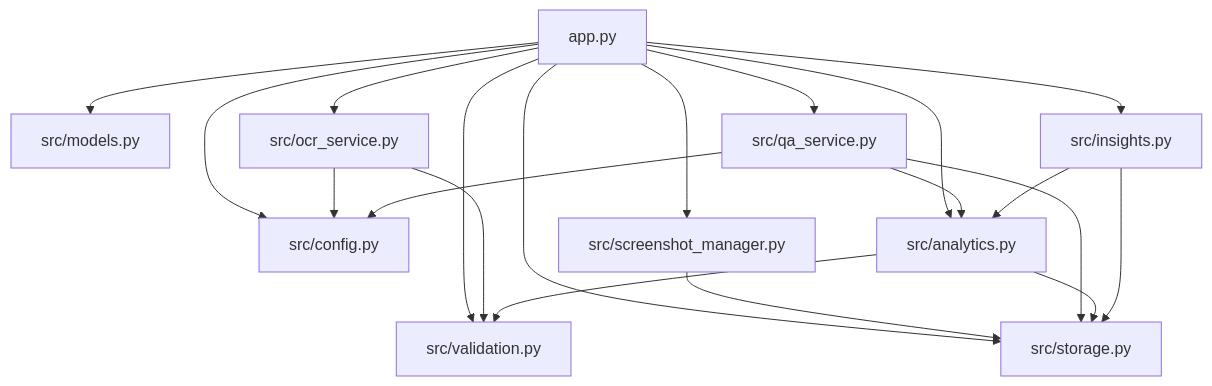
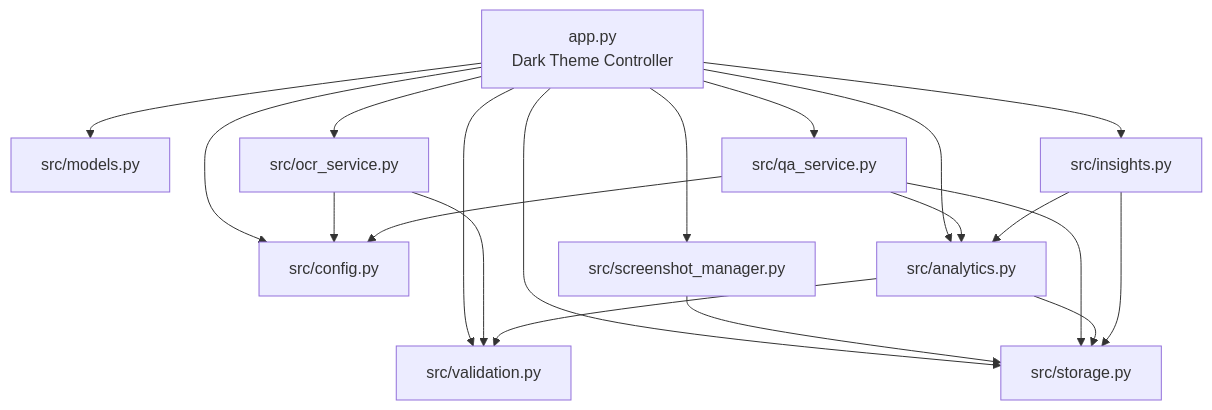
One commit to Johnny22056/SwimingStatus changed diagram 12 of 12 in .qoder/repowiki/en/content/Core Components/Application Controller.md. Above: the diagram before and after it, drawn with Mermaid. The commit also changed other lines of this file and 5 other files, not shown here.

First line of the commit message:
feat: chart/PB UI polish, Gap to NM column, meet course override

````diff
--- a/.qoder/repowiki/en/content/Core Components/Application Controller.md
+++ b/.qoder/repowiki/en/content/Core Components/Application Controller.md
@@ -493,22 +425,22 @@
 ```mermaid
 graph TB
-APP["app.py"] --> CFG["src/config.py"]
+APP["app.py<br/>Dark Theme Controller"] --> CFG["src/config.py"]
 APP --> MOD["src/models.py"]
 APP --> ST["src/storage.py"]
 APP --> SM["src/screenshot_manager.py"]
 APP --> OCR["src/ocr_service.py"]
 APP --> VAL["src/validation.py"]
 APP --> ANA["src/analytics.py"]
 APP --> INS["src/insights.py"]
 APP --> QA["src/qa_service.py"]
 SM --> ST
 OCR --> VAL
 OCR --> CFG
 QA --> CFG
 QA --> ST
 QA --> ANA
 ANA --> ST
 ANA --> VAL
 INS --> ST
 INS --> ANA
 ```
````
